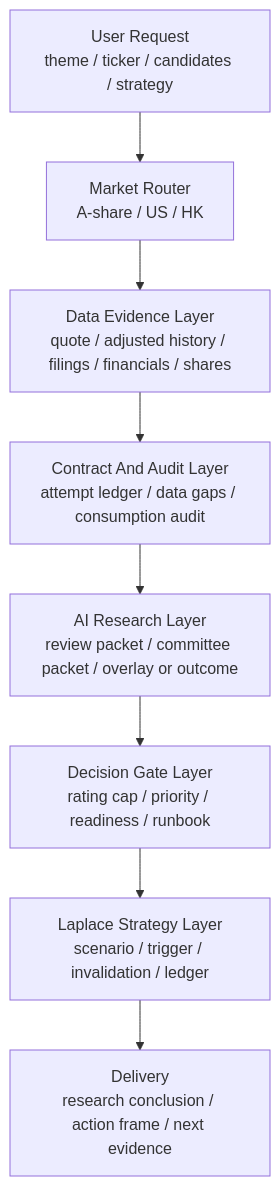
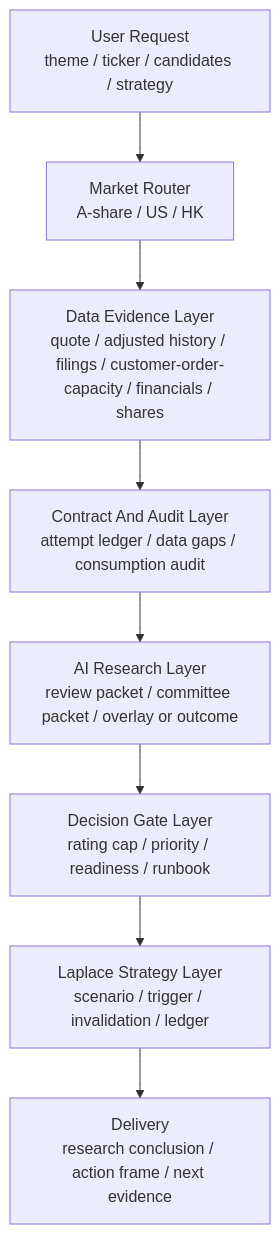
The second of 2 diagrams in README.md (lucisxu6-cpu/serenity-chan), drawn with Mermaid before and after one commit. The commit also changed other lines of this file and 24 other files, not shown here.

Commit message:
Strengthen Serenity research decision architecture

````diff
--- a/README.md
+++ b/README.md
@@ -371,10 +395,10 @@
 ```mermaid
 flowchart TB
   A["User Request<br/>theme / ticker / candidates / strategy"] --> B["Market Router<br/>A-share / US / HK"]
-  B --> C["Data Evidence Layer<br/>quote / adjusted history / filings / financials / shares"]
+  B --> C["Data Evidence Layer<br/>quote / adjusted history / filings / customer-order-capacity / financials / shares"]
   C --> D["Contract And Audit Layer<br/>attempt ledger / data gaps / consumption audit"]
   D --> E["AI Research Layer<br/>review packet / committee packet / overlay or outcome"]
   E --> F["Decision Gate Layer<br/>rating cap / priority / readiness / runbook"]
   F --> G["Laplace Strategy Layer<br/>scenario / trigger / invalidation / ledger"]
   G --> H["Delivery<br/>research conclusion / action frame / next evidence"]
 ```
````
